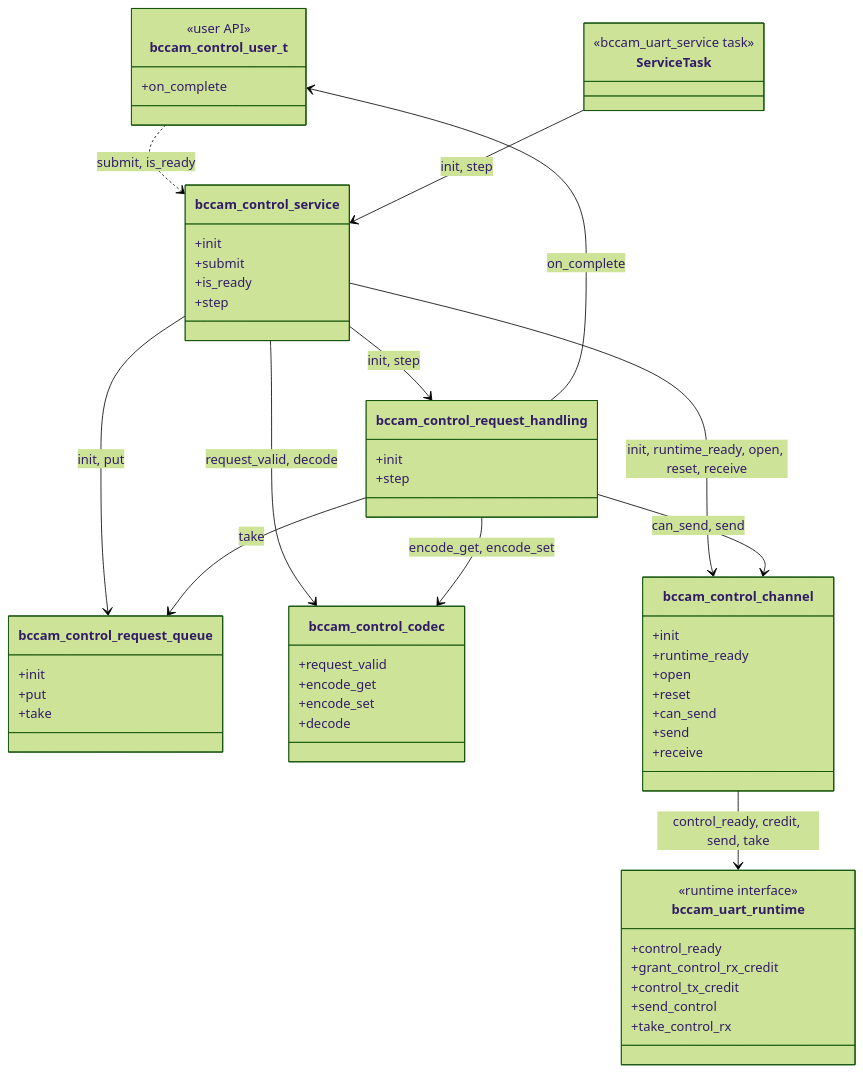
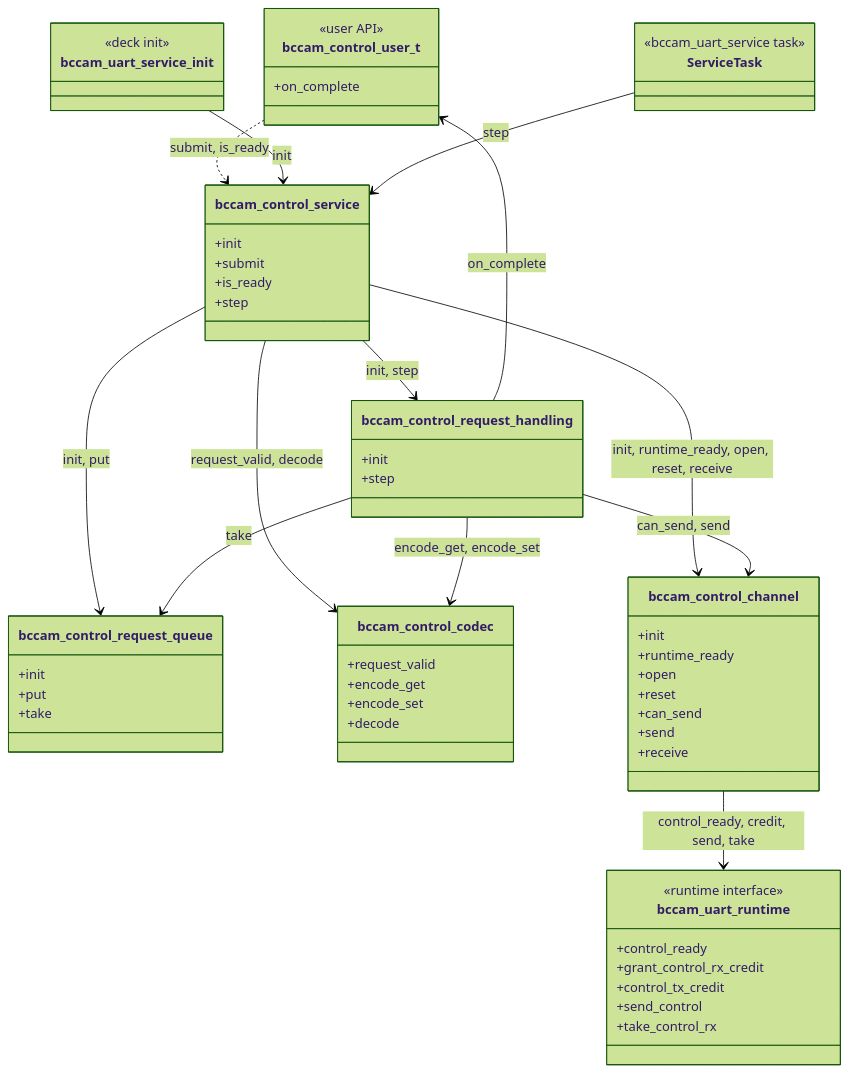
One commit to bitcraze/crazyflie-firmware changed the first of 10 diagrams in docs/functional-areas/camera-deck-control.md. Above: the diagram before and after it, drawn with Mermaid (forest theme). The commit also changed other lines of this file, not shown here.

````diff
--- a/docs/functional-areas/camera-deck-control.md
+++ b/docs/functional-areas/camera-deck-control.md
@@ -157,69 +162,74 @@
 ```mermaid
 classDiagram
     direction TB
 
     class bccam_control_user_t {
         <<user API>>
         +on_complete
     }
 
     class bccam_control_service {
         +init
         +submit
         +is_ready
         +step
     }
 
     class bccam_control_request_queue {
         +init
         +put
         +take
     }
 
     class bccam_control_request_handling {
         +init
         +step
     }
 
     class bccam_control_codec {
         +request_valid
         +encode_get
         +encode_set
         +decode
     }
 
     class bccam_control_channel {
         +init
         +runtime_ready
         +open
         +reset
         +can_send
         +send
         +receive
     }
 
     class bccam_uart_runtime {
         <<runtime interface>>
         +control_ready
         +grant_control_rx_credit
         +control_tx_credit
         +send_control
         +take_control_rx
     }
 
     class ServiceTask {
         <<bccam_uart_service task>>
     }
 
+    class bccam_uart_service_init {
+        <<deck init>>
+    }
+
     bccam_control_user_t ..> bccam_control_service : submit, is_ready
-    ServiceTask --> bccam_control_service : init, step
+    bccam_uart_service_init --> bccam_control_service : init
+    ServiceTask --> bccam_control_service : step
     bccam_control_service --> bccam_control_request_queue : init, put
     bccam_control_service --> bccam_control_channel : init, runtime_ready, open, reset, receive
     bccam_control_service --> bccam_control_codec : request_valid, decode
     bccam_control_service --> bccam_control_request_handling : init, step
     bccam_control_request_handling --> bccam_control_request_queue : take
     bccam_control_request_handling --> bccam_control_codec : encode_get, encode_set
     bccam_control_request_handling --> bccam_control_channel : can_send, send
     bccam_control_request_handling --> bccam_control_user_t : on_complete
     bccam_control_channel --> bccam_uart_runtime : control_ready, credit, send, take
 ```
````
